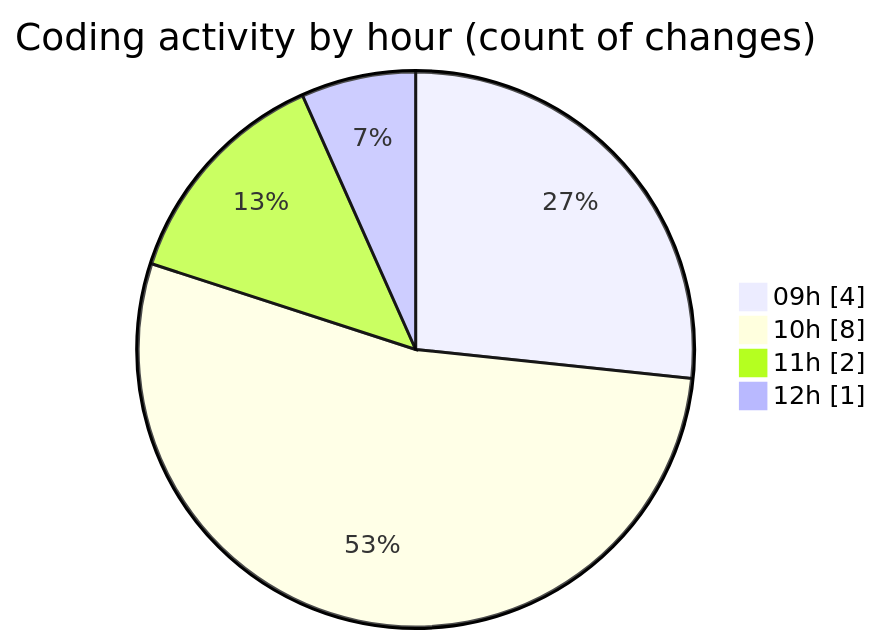
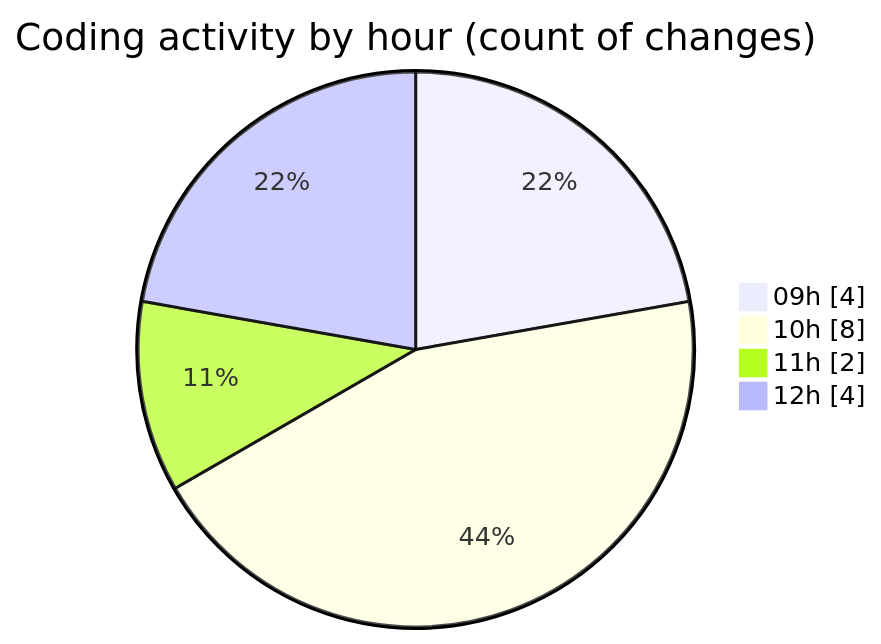
Before and after one commit to momahboobian/code-tracking: the second of 2 diagrams in 2026-06-03/cda/README.md, drawn with Mermaid. The commit also changed other lines of this file and 1 other file, not shown here.

````diff
--- a/2026-06-03/cda/README.md
+++ b/2026-06-03/cda/README.md
@@ -42,8 +43,8 @@
 ```mermaid
 pie showData
 title Coding activity by hour (count of changes)
 "09h" : 4
 "10h" : 8
 "11h" : 2
-"12h" : 1
+"12h" : 4
 ```
````
